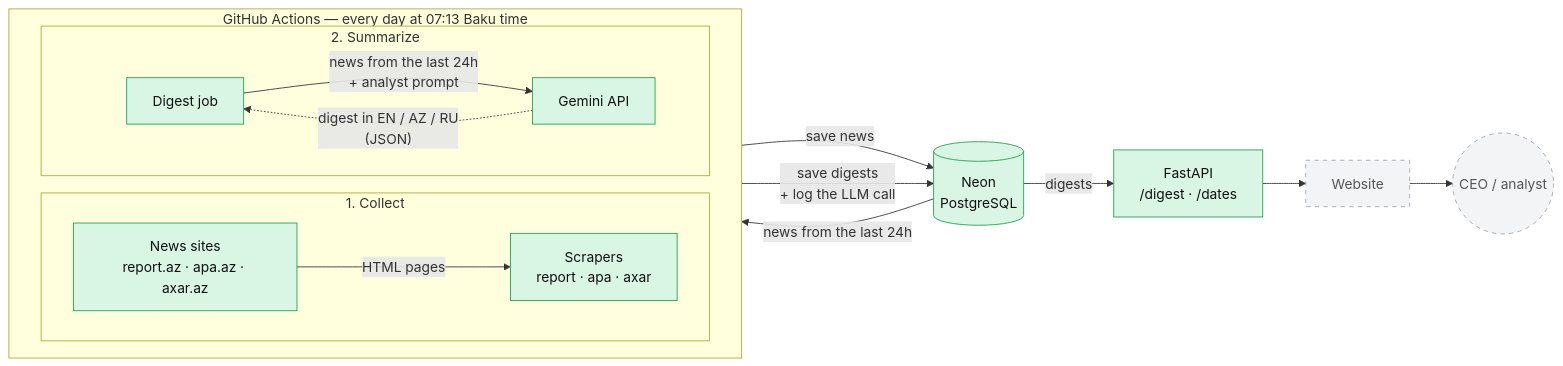
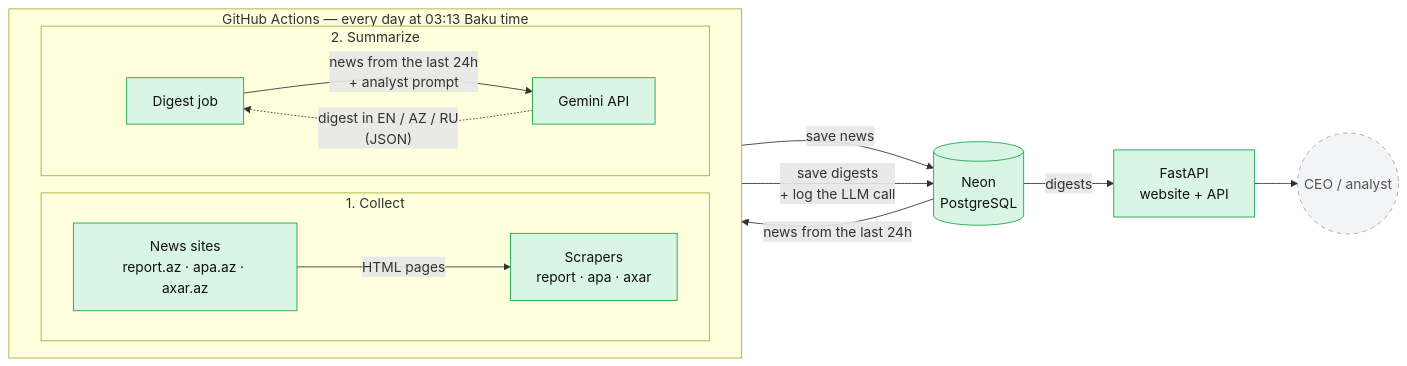
The diagram in README.md (vbabazade8/az-news-assistant), drawn with Mermaid before and after one commit. The commit also changed other lines of this file and 5 other files, not shown here.

Commit message:
Add website: digest page with EN/AZ/RU switch, archive and design

````diff
--- a/README.md
+++ b/README.md
@@ -22,26 +22,25 @@
 ```mermaid
 flowchart LR
-    subgraph daily["GitHub Actions — every day at 07:13 Baku time"]
+    subgraph daily["GitHub Actions — every day at 03:13 Baku time"]
         direction LR
         subgraph collect["1. Collect"]
             sites["News sites<br/>report.az · apa.az · axar.az"] -->|HTML pages| scrapers["Scrapers<br/>report · apa · axar"]
         end
         subgraph summarize["2. Summarize"]
             job["Digest job"] -->|"news from the last 24h<br/>+ analyst prompt"| gemini["Gemini API"]
             gemini -.->|"digest in EN / AZ / RU<br/>(JSON)"| job
         end
     end
 
     scrapers -->|save news| db[("Neon<br/>PostgreSQL")]
     db -->|news from the last 24h| job
     job -->|"save digests<br/>+ log the LLM call"| db
 
-    db -->|digests| api["FastAPI<br/>/digest · /dates"]
-    api --> web["Website"]
+    db -->|digests| web["FastAPI<br/>website + API"]
     web --> reader(("CEO / analyst"))
 
     classDef done fill:#d9f5e3,stroke:#16a34a,color:#111
     classDef planned fill:#f3f4f6,stroke:#9ca3af,color:#555,stroke-dasharray:5 5
-    class sites,scrapers,db,job,gemini,api done
-    class web,reader planned
+    class sites,scrapers,db,job,gemini,web done
+    class reader planned
 ```
````
